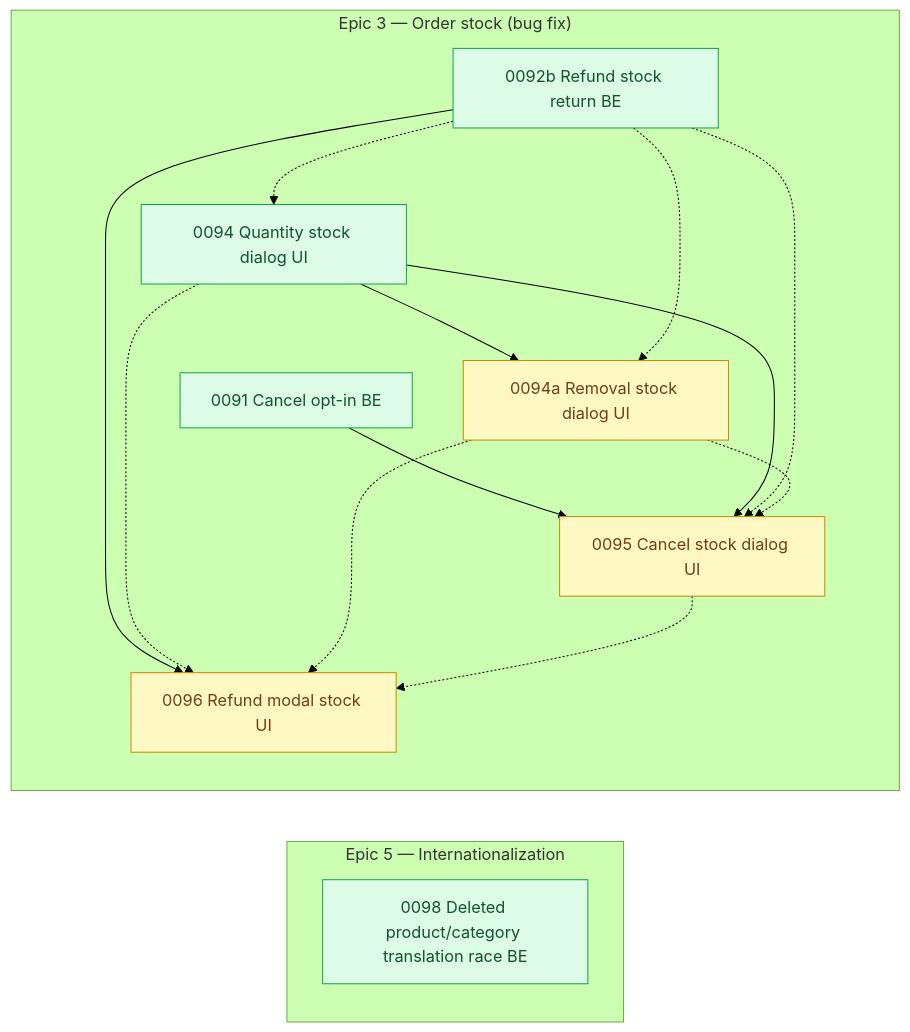
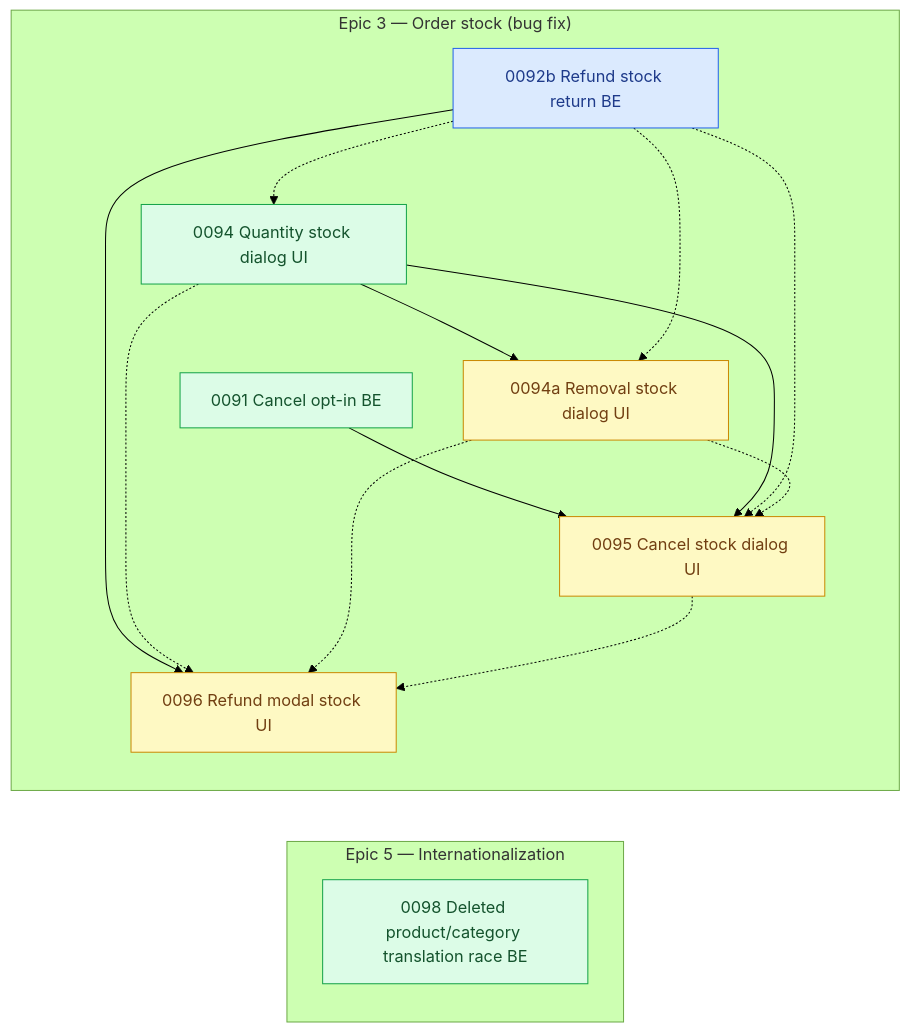
Before and after one commit to shojen/AI4Devs-finalproject: the diagram in arospe/ai-spec/tasks-map.md, drawn with Mermaid (forest theme). The commit also changed other lines of this file and 8 other files, not shown here.

```diff
--- a/arospe/ai-spec/tasks-map.md
+++ b/arospe/ai-spec/tasks-map.md
@@ -645,7 +647,8 @@
     P0094 -.-> P0096
     P0094a -.-> P0096
     P0095 -.-> P0096
-    class P0091,P0092b,P0094 ready;
+    class P0091,P0094 ready;
+    class P0092b claimed;
     class P0094a,P0095,P0096 pending;
 
     %% Standalone (no PRD epic)
```
